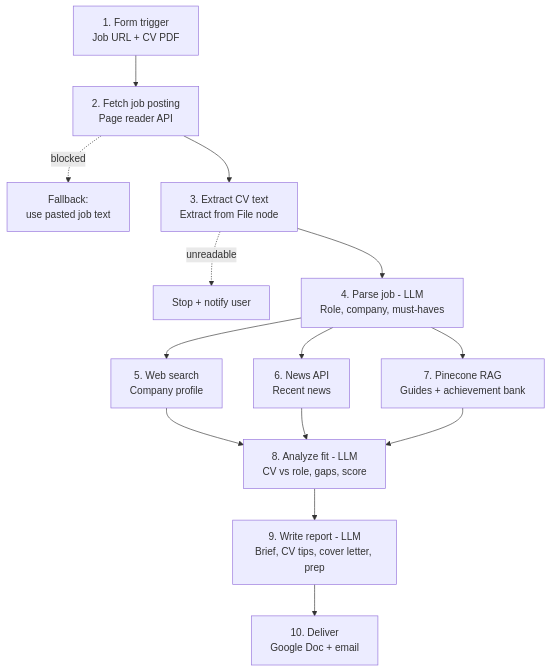
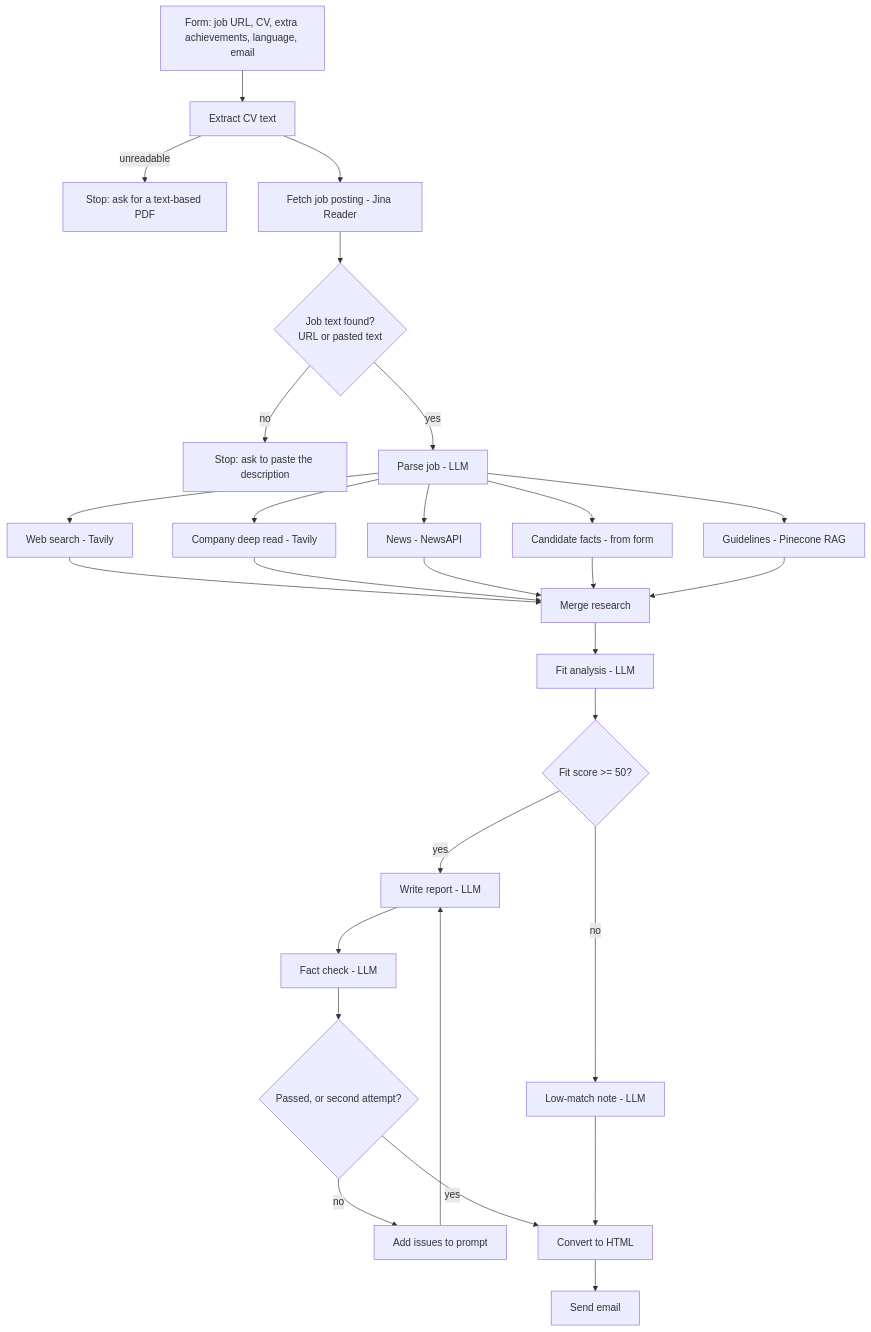
Before and after one commit to nmarseu/Project-3-Marseu: the diagram in README.md, drawn with Mermaid. The commit also changed other lines of this file and 15 other files, not shown here.

````diff
--- a/README.md
+++ b/README.md
@@ -45,16 +63,25 @@
 ```mermaid
 flowchart TD
-    A[1. Form trigger<br/>Job URL + CV PDF] --> B[2. Fetch job posting<br/>Page reader API]
-    B -. blocked .-> B2[Fallback:<br/>use pasted job text]
-    B --> C[3. Extract CV text<br/>Extract from File node]
-    C -. unreadable .-> C2[Stop + notify user]
-    C --> D[4. Parse job - LLM<br/>Role, company, must-haves]
-    D --> E[5. Web search<br/>Company profile]
-    D --> F[6. News API<br/>Recent news]
-    D --> G[7. Pinecone RAG<br/>Guides + achievement bank]
-    E --> H[8. Analyze fit - LLM<br/>CV vs role, gaps, score]
-    F --> H
-    G --> H
-    H --> I[9. Write report - LLM<br/>Brief, CV tips, cover letter, prep]
-    I --> J[10. Deliver<br/>Google Doc + email]
+    A[Form: job URL, CV, extra achievements, language, email] --> B[Extract CV text]
+    B -->|unreadable| X1[Stop: ask for a text-based PDF]
+    B --> C[Fetch job posting - Jina Reader]
+    C --> D{Job text found?<br/>URL or pasted text}
+    D -->|no| X2[Stop: ask to paste the description]
+    D -->|yes| E[Parse job - LLM]
+    E --> F1[Web search - Tavily]
+    E --> F2[Company deep read - Tavily]
+    E --> F3[News - NewsAPI]
+    E --> F4[Candidate facts - from form]
+    E --> F5[Guidelines - Pinecone RAG]
+    F1 & F2 & F3 & F4 & F5 --> G[Merge research]
+    G --> H[Fit analysis - LLM]
+    H --> I{Fit score >= 50?}
+    I -->|no| L[Low-match note - LLM]
+    I -->|yes| J[Write report - LLM]
+    J --> K[Fact check - LLM]
+    K --> K2{Passed, or second attempt?}
+    K2 -->|no| R[Add issues to prompt] --> J
+    K2 -->|yes| M[Convert to HTML]
+    L --> M
+    M --> N[Send email]
 ```
````
